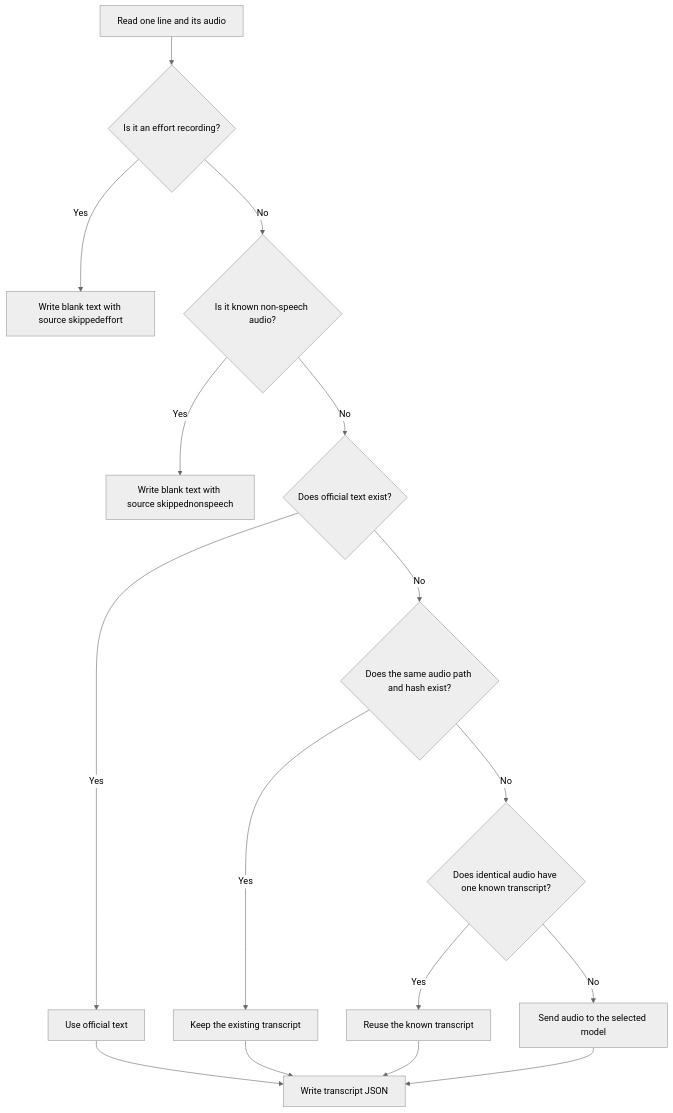
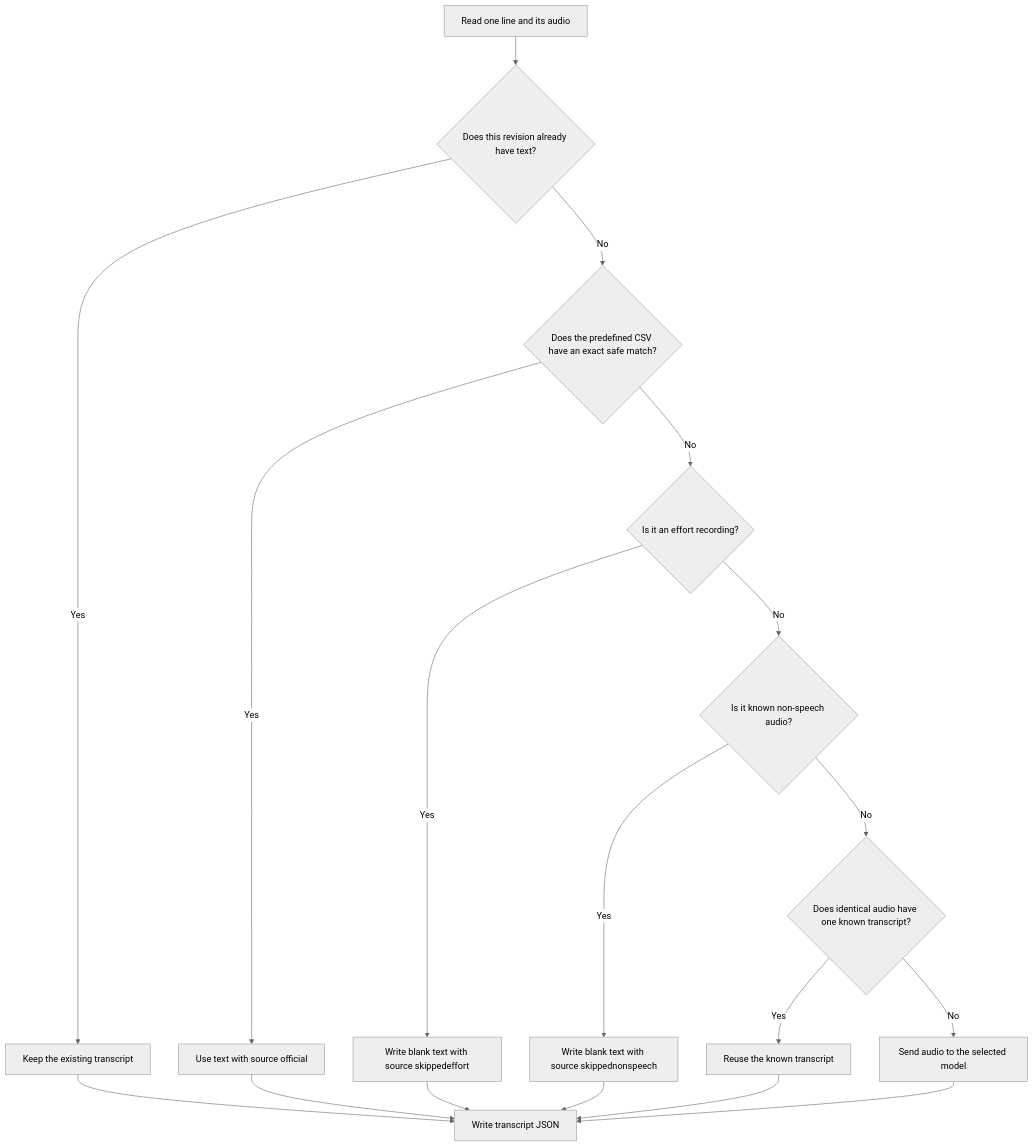
The second of 7 diagrams in HistoricalContent/END_TO_END_DATA_FLOW.md (mcallbosco/DLSoundProjectUtilities), drawn with Mermaid (neutral theme) before and after one commit. The commit also changed other lines of this file and 8 other files, not shown here.

First line of the commit message:
Add predefined transcripts CSV support

````diff
--- a/HistoricalContent/END_TO_END_DATA_FLOW.md
+++ b/HistoricalContent/END_TO_END_DATA_FLOW.md
@@ -139,18 +146,20 @@
 ```mermaid
 flowchart TD
-    A["Read one line and its audio"] --> Z{"Is it an effort recording?"}
+    A["Read one line and its audio"] --> B{"Does this revision already have text?"}
+    B -- "Yes" --> C["Keep the existing transcript"]
+    B -- "No" --> D{"Does the predefined CSV have an exact safe match?"}
+    D -- "Yes" --> E["Use text with source official"]
+    D -- "No" --> Z{"Is it an effort recording?"}
     Z -- "Yes" --> Y["Write blank text with source skippedeffort"]
     Z -- "No" --> X{"Is it known non-speech audio?"}
     X -- "Yes" --> W["Write blank text with source skippednonspeech"]
-    X -- "No" --> B{"Does official text exist?"}
-    B -- "Yes" --> C["Use official text"]
-    B -- "No" --> D{"Does the same audio path and hash exist?"}
-    D -- "Yes" --> E["Keep the existing transcript"]
-    D -- "No" --> F{"Does identical audio have one known transcript?"}
+    X -- "No" --> F{"Does identical audio have one known transcript?"}
     F -- "Yes" --> G["Reuse the known transcript"]
     F -- "No" --> H["Send audio to the selected model"]
     C --> I["Write transcript JSON"]
     E --> I
+    Y --> I
+    W --> I
     G --> I
     H --> I
 ```
````
